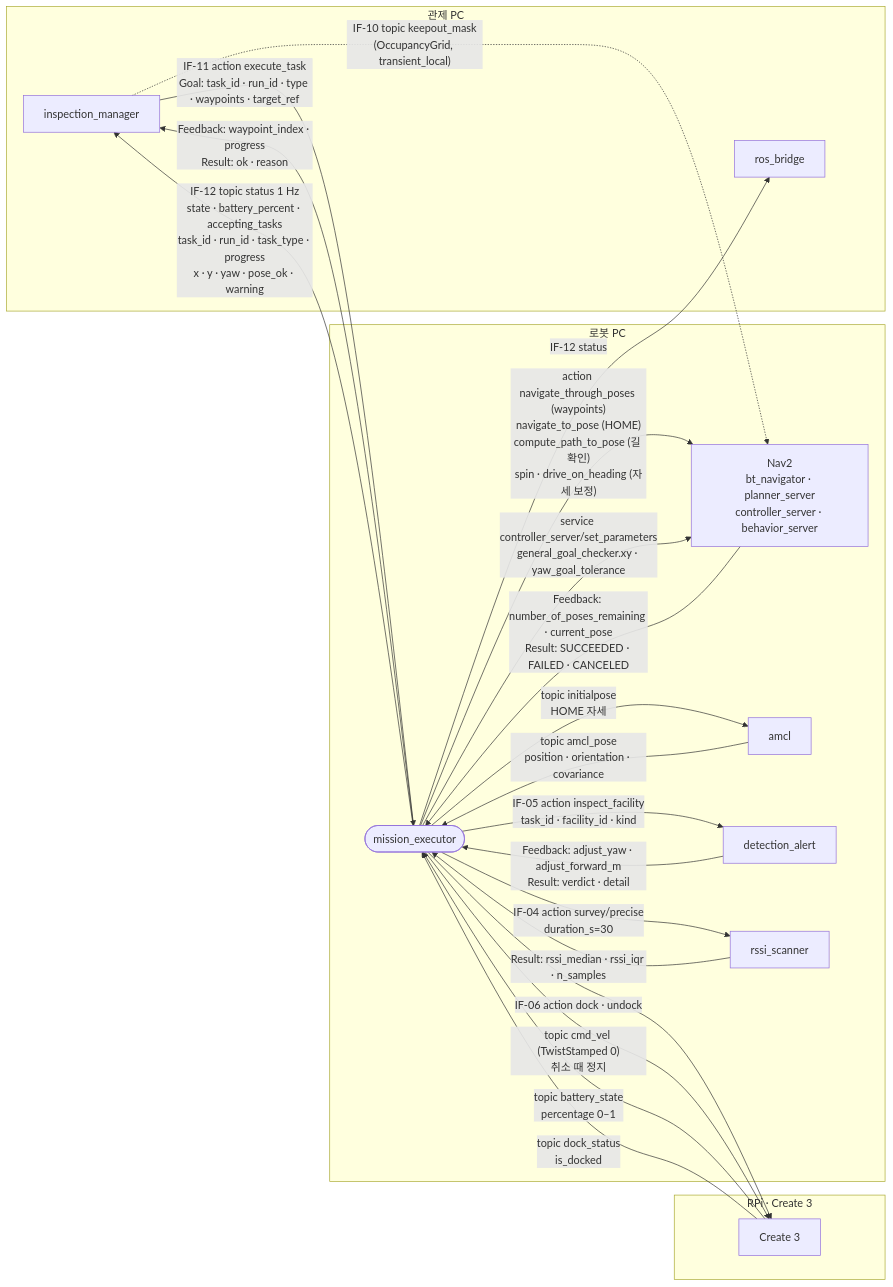
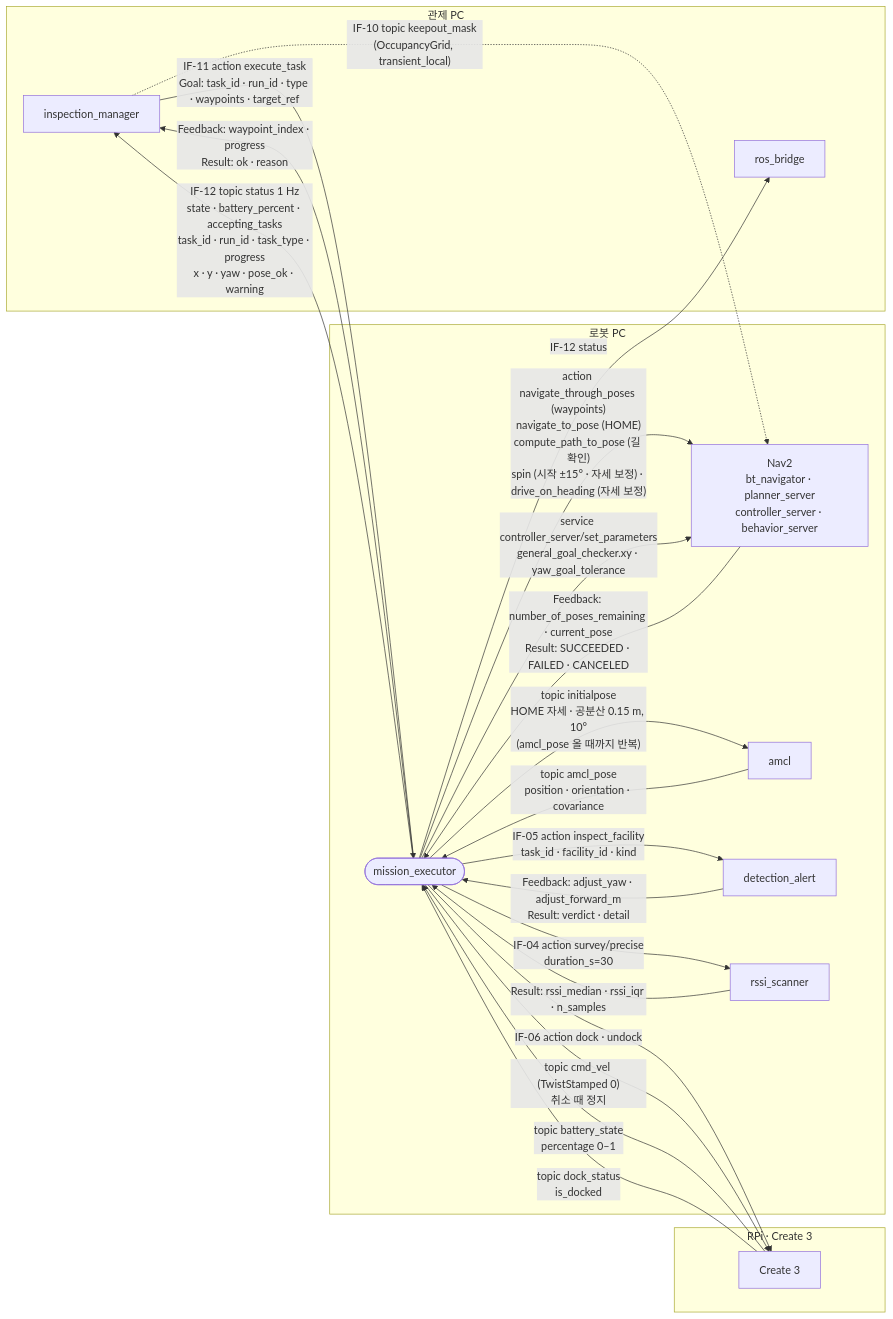
One commit to HJAE99/B_0102_Final_Project-archive changed the first of 5 diagrams in docs/driving/mission_executor_flow.md. Above: the diagram before and after it, drawn with Mermaid. The commit also changed other lines of this file, not shown here.

Commit message:
docs: mission_executor 흐름도를 fd23581 기준으로 갱신 (localize·settle, robot3 HOME, DOCK_BACKOFF)

````diff
--- a/docs/driving/mission_executor_flow.md
+++ b/docs/driving/mission_executor_flow.md
@@ -9,40 +9,40 @@
 ```mermaid
 flowchart LR
     subgraph CTRL["관제 PC"]
         IM["inspection_manager"]
         RB["ros_bridge"]
     end
     subgraph RPC["로봇 PC"]
         ME(["mission_executor"])
         NAV["Nav2<br/>bt_navigator · planner_server<br/>controller_server · behavior_server"]
         AMCL["amcl"]
         DA["detection_alert"]
         RS["rssi_scanner"]
     end
     subgraph RPI["RPi · Create 3"]
         C3["Create 3"]
     end
 
     IM -- "IF-11 action execute_task<br/>Goal: task_id · run_id · type · waypoints · target_ref" --> ME
     ME -- "Feedback: waypoint_index · progress<br/>Result: ok · reason" --> IM
     ME -- "IF-12 topic status 1 Hz<br/>state · battery_percent · accepting_tasks<br/>task_id · run_id · task_type · progress<br/>x · y · yaw · pose_ok · warning" --> IM
     ME -- "IF-12 status" --> RB
     IM -. "IF-10 topic keepout_mask<br/>(OccupancyGrid, transient_local)" .-> NAV
 
     C3 -- "topic battery_state<br/>percentage 0–1" --> ME
     C3 -- "topic dock_status<br/>is_docked" --> ME
     ME -- "IF-06 action dock · undock" --> C3
     ME -- "topic cmd_vel (TwistStamped 0)<br/>취소 때 정지" --> C3
 
     AMCL -- "topic amcl_pose<br/>position · orientation · covariance" --> ME
-    ME -- "topic initialpose<br/>HOME 자세" --> AMCL
+    ME -- "topic initialpose<br/>HOME 자세 · 공분산 0.15 m, 10°<br/>(amcl_pose 올 때까지 반복)" --> AMCL
 
-    ME -- "action navigate_through_poses (waypoints)<br/>navigate_to_pose (HOME)<br/>compute_path_to_pose (길 확인)<br/>spin · drive_on_heading (자세 보정)" --> NAV
+    ME -- "action navigate_through_poses (waypoints)<br/>navigate_to_pose (HOME)<br/>compute_path_to_pose (길 확인)<br/>spin (시작 ±15° · 자세 보정) · drive_on_heading (자세 보정)" --> NAV
     NAV -- "Feedback: number_of_poses_remaining · current_pose<br/>Result: SUCCEEDED · FAILED · CANCELED" --> ME
     ME -- "service controller_server/set_parameters<br/>general_goal_checker.xy · yaw_goal_tolerance" --> NAV
 
     ME -- "IF-05 action inspect_facility<br/>task_id · facility_id · kind" --> DA
     DA -- "Feedback: adjust_yaw · adjust_forward_m<br/>Result: verdict · detail" --> ME
     ME -- "IF-04 action survey/precise<br/>duration_s=30" --> RS
     RS -- "Result: rssi_median · rssi_iqr · n_samples" --> ME
 ```
````
